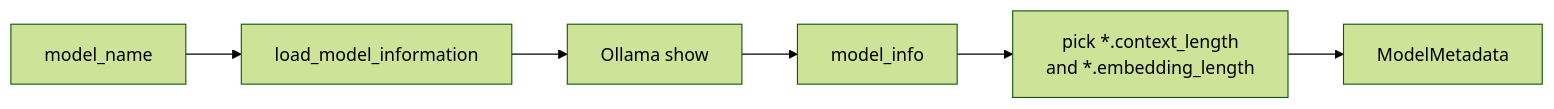
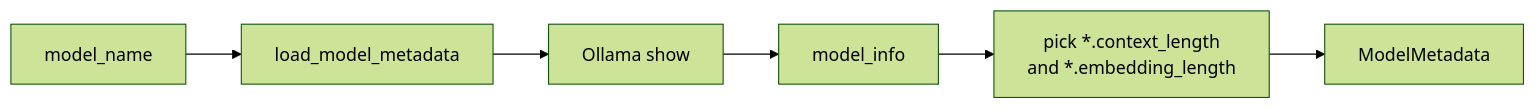
One commit to leosanner/graph_pilot changed the diagram in docs/dev/model-metadata.md. Above: the diagram before and after it, drawn with Mermaid (forest theme). The commit also changed other lines of this file and 1 other file, not shown here.

Commit message:
test: point model metadata tests at load_model_metadata

````diff
--- a/docs/dev/model-metadata.md
+++ b/docs/dev/model-metadata.md
@@ -17,8 +17,8 @@
 ```mermaid
 flowchart LR
-  A["model_name"] --> B["load_model_information"]
+  A["model_name"] --> B["load_model_metadata"]
   B --> C["Ollama show"]
   C --> D["model_info"]
   D --> E["pick *.context_length<br/>and *.embedding_length"]
   E --> F["ModelMetadata"]
 ```
````
